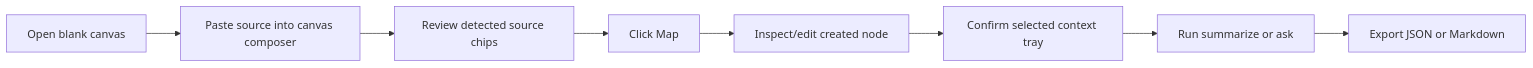
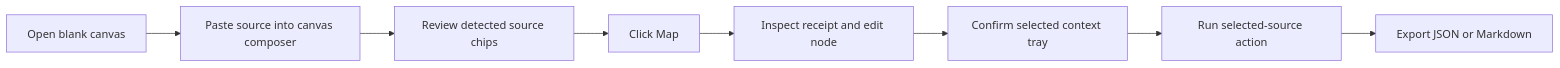
The first of 2 diagrams in docs/user-flows.md (frankxai/starlight-agent-canvas), drawn with Mermaid before and after one commit. The commit also changed other lines of this file and 11 other files, not shown here.

Commit message:
feat: expose selected source insight loop

````diff
--- a/docs/user-flows.md
+++ b/docs/user-flows.md
@@ -5,10 +5,10 @@
 ```mermaid
 flowchart LR
   open["Open blank canvas"] --> paste["Paste source into canvas composer"]
   paste --> preview["Review detected source chips"]
   preview --> map["Click Map"]
-  map --> inspect["Inspect/edit created node"]
+  map --> inspect["Inspect receipt and edit node"]
   inspect --> scope["Confirm selected context tray"]
-  scope --> action["Run summarize or ask"]
+  scope --> action["Run selected-source action"]
   action --> export["Export JSON or Markdown"]
 ```
````
